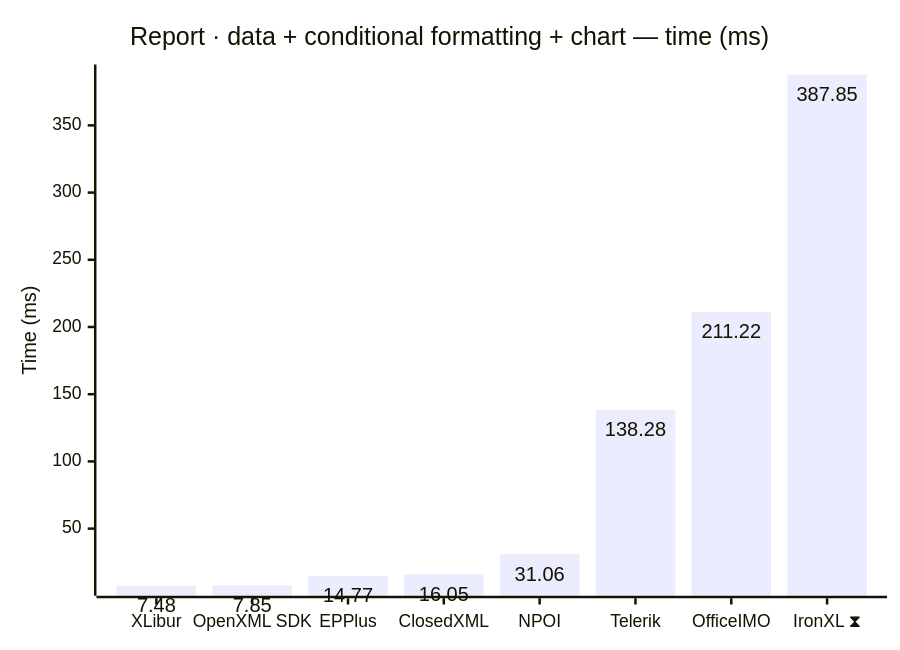
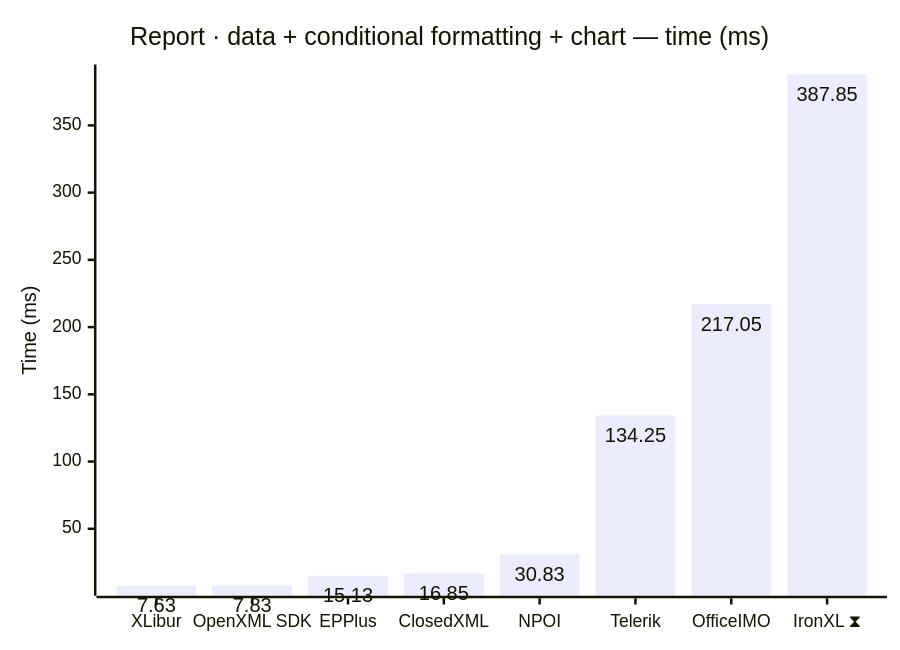
The seventh of 12 diagrams in docs/results.md (jafin/XLBench), drawn with Mermaid before and after one commit. The commit also changed other lines of this file and 7 other files, not shown here.

````diff
--- a/docs/results.md
+++ b/docs/results.md
@@ -120,12 +120,12 @@
 ```mermaid
 ---
 config:
   xyChart:
     showDataLabel: true
 ---
 xychart-beta
     title "Report · data + conditional formatting + chart — time (ms)"
     x-axis ["XLibur", "OpenXML SDK", "EPPlus", "ClosedXML", "NPOI", "Telerik", "OfficeIMO", "IronXL ⧗"]
     y-axis "Time (ms)"
-    bar [7.48, 7.85, 14.77, 16.05, 31.06, 138.28, 211.22, 387.85]
+    bar [7.63, 7.83, 15.13, 16.85, 30.83, 134.25, 217.05, 387.85]
 ```
````
